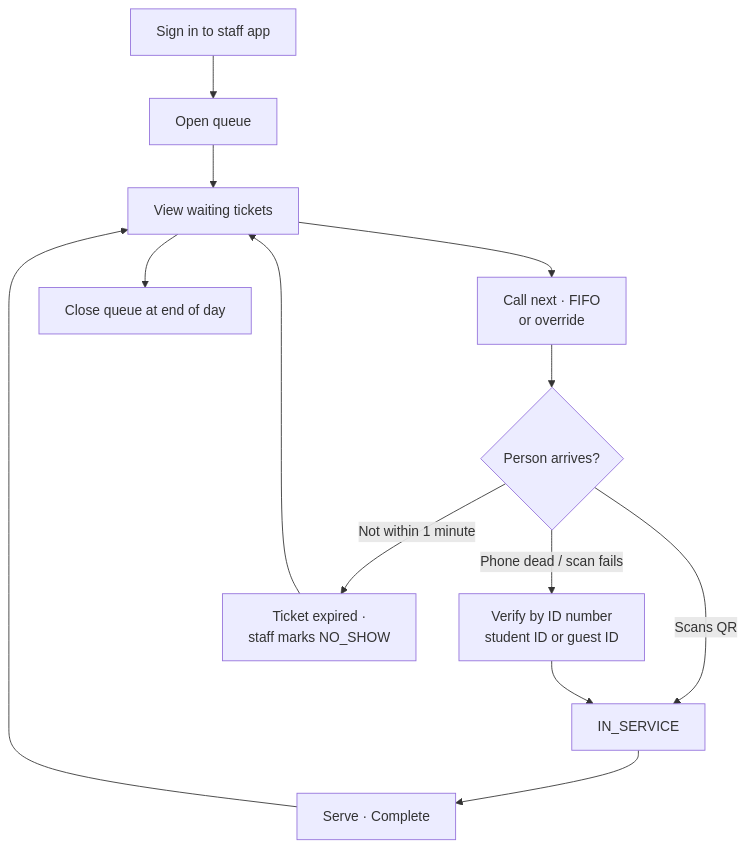
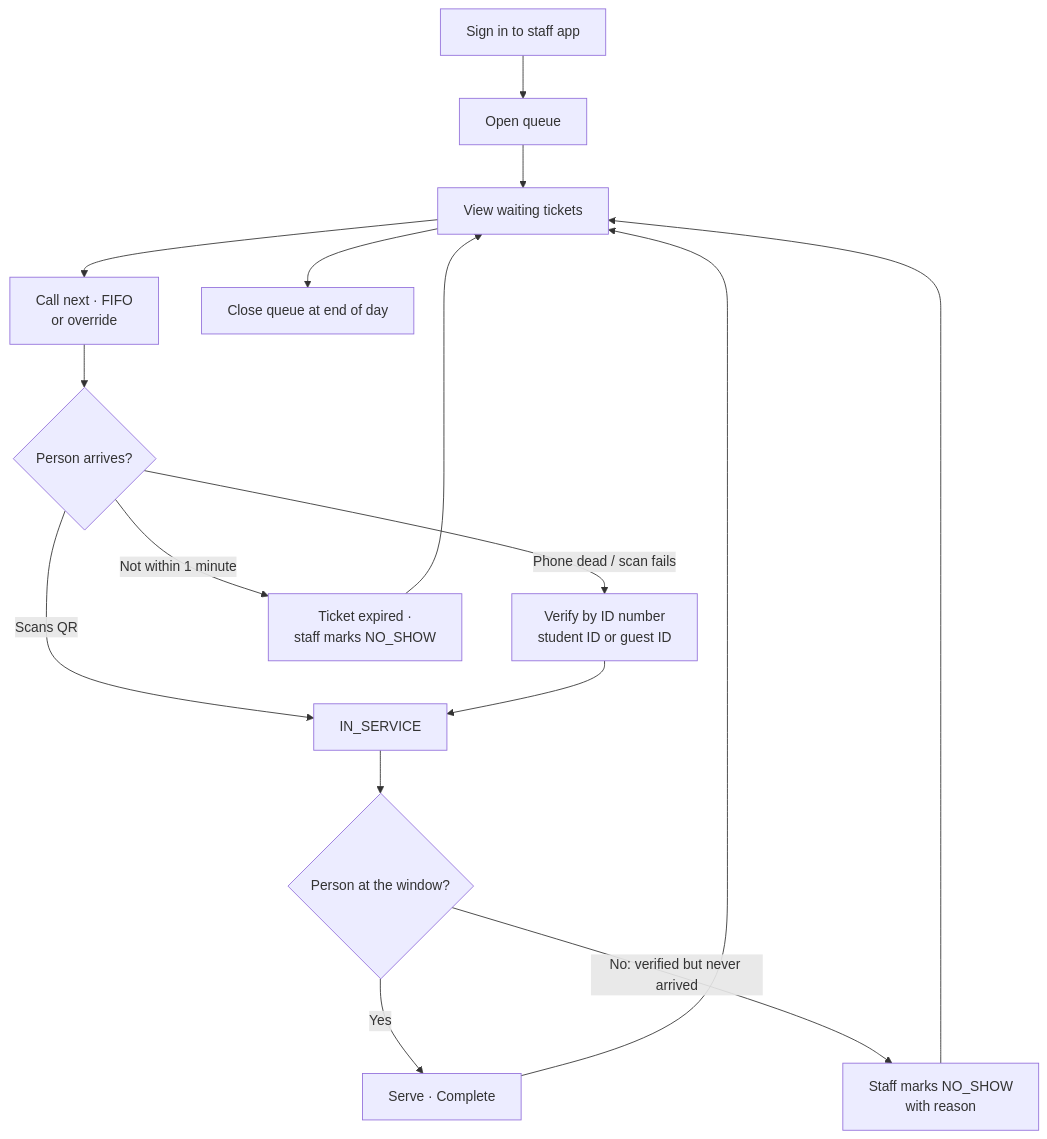
The fourth of 4 diagrams in KnowledgeBase/QAMPUS_PRD.md (Az-Zav/QAMPUS), drawn with Mermaid before and after one commit. The commit also changed other lines of this file, not shown here.

````diff
--- a/KnowledgeBase/QAMPUS_PRD.md
+++ b/KnowledgeBase/QAMPUS_PRD.md
@@ -197,15 +209,18 @@
 ```mermaid
 flowchart TD
     A[Sign in to staff app] --> B[Open queue]
     B --> C[View waiting tickets]
     C --> D[Call next · FIFO<br/>or override]
     D --> E{Person arrives?}
     E -->|Scans QR| F[IN_SERVICE]
     E -->|Phone dead / scan fails| G[Verify by ID number<br/>student ID or guest ID]
     E -->|Not within 1 minute| H[Ticket expired ·<br/>staff marks NO_SHOW]
     G --> F
-    F --> I[Serve · Complete]
+    F --> F2{Person at the window?}
+    F2 -->|Yes| I[Serve · Complete]
+    F2 -->|No: verified but never arrived| H2[Staff marks NO_SHOW<br/>with reason]
+    H2 --> C
     I --> C
     H --> C
     C --> J[Close queue at end of day]
 ```
````
